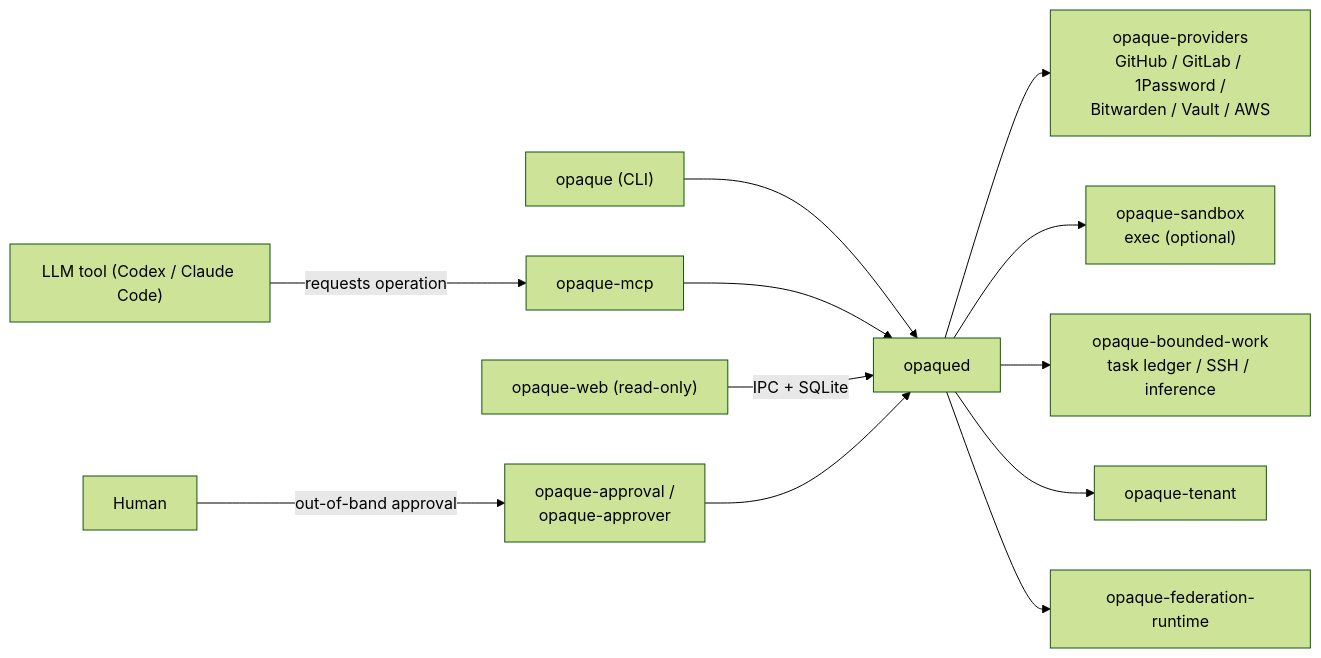
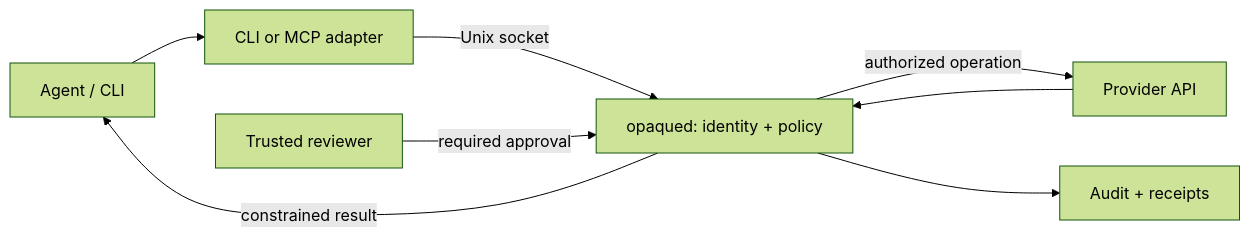
The diagram in docs/architecture.md (kcirtapfromspace/opaque), drawn with Mermaid (forest theme) before and after one commit. The commit also changed other lines of this file and 11 other files, not shown here.

````diff
--- a/docs/architecture.md
+++ b/docs/architecture.md
@@ -72,15 +19,10 @@
 ```mermaid
 flowchart LR
-  Agent["LLM tool (Codex / Claude Code)"] -->|requests operation| MCP["opaque-mcp"]
-  CLI["opaque (CLI)"] --> D
-  MCP --> D["opaqued"]
-  Web["opaque-web (read-only)"] -->|IPC + SQLite| D
-  Human["Human"] -->|out-of-band approval| Approval["opaque-approval /<br/>opaque-approver"]
-  Approval --> D
-
-  D --> Providers["opaque-providers<br/>GitHub / GitLab / 1Password /<br/>Bitwarden / Vault / AWS"]
-  D --> Sandbox["opaque-sandbox<br/>exec (optional)"]
-  D --> BoundedWork["opaque-bounded-work<br/>task ledger / SSH / inference"]
-  D --> Tenant["opaque-tenant"]
-  D --> Federation["opaque-federation-runtime"]
+  Agent["Agent / CLI"] --> Adapter["CLI or MCP adapter"]
+  Adapter -->|Unix socket| Broker["opaqued: identity + policy"]
+  Human["Trusted reviewer"] -->|required approval| Broker
+  Broker -->|authorized operation| Provider["Provider API"]
+  Provider --> Broker
+  Broker -->|constrained result| Agent
+  Broker --> Evidence["Audit + receipts"]
 ```
````
